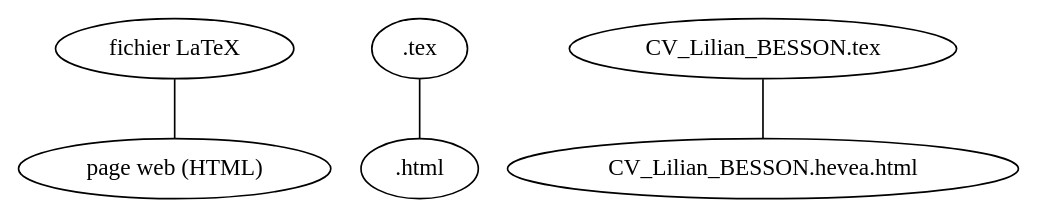
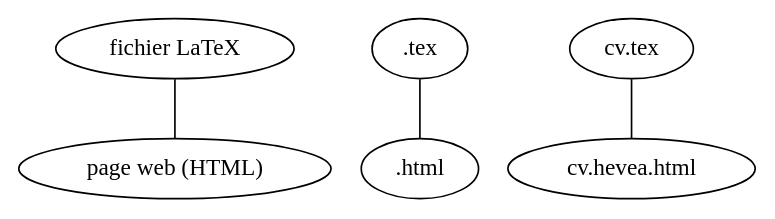
The fourth of 5 diagrams in graph.rst (Naereen/web-sphinx), drawn with Graphviz before and after one commit. The commit also changed other lines of this file and 10 other files, not shown here.

Commit message:
CV_Lilian_BESSON -> cv

```diff
--- a/graph.rst
+++ b/graph.rst
@@ -68,5 +68,5 @@
 .. graph:: hevea
 
    "fichier LaTeX" -- "page web (HTML)"
    ".tex" -- ".html";
-   "CV_Lilian_BESSON.tex" -- "CV_Lilian_BESSON.hevea.html";
+   "cv.tex" -- "cv.hevea.html";
```
